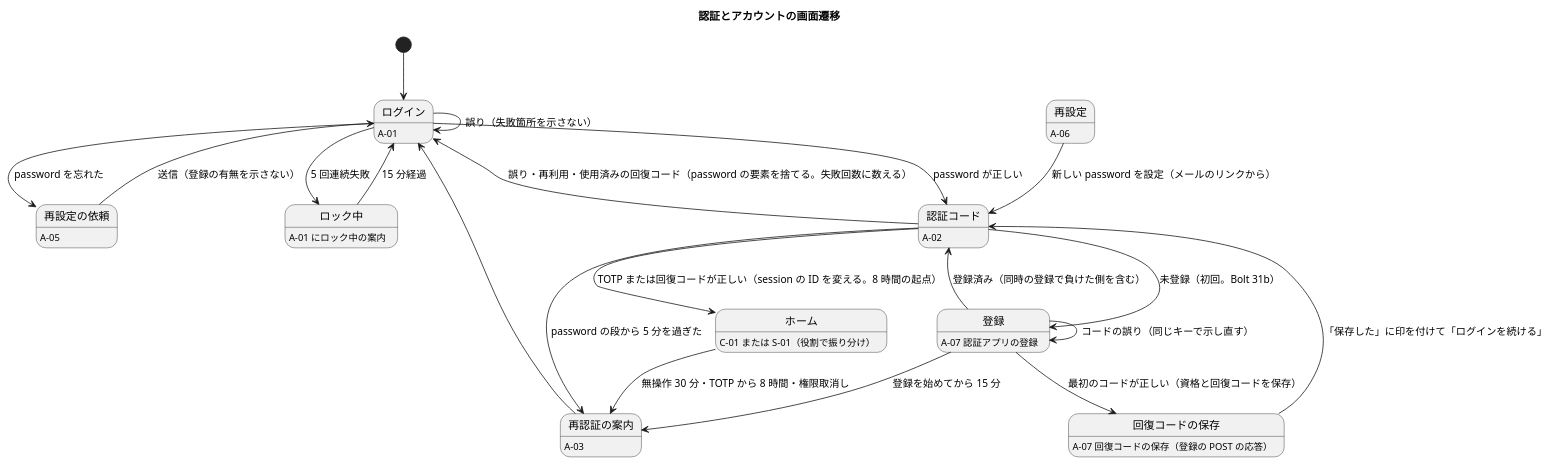
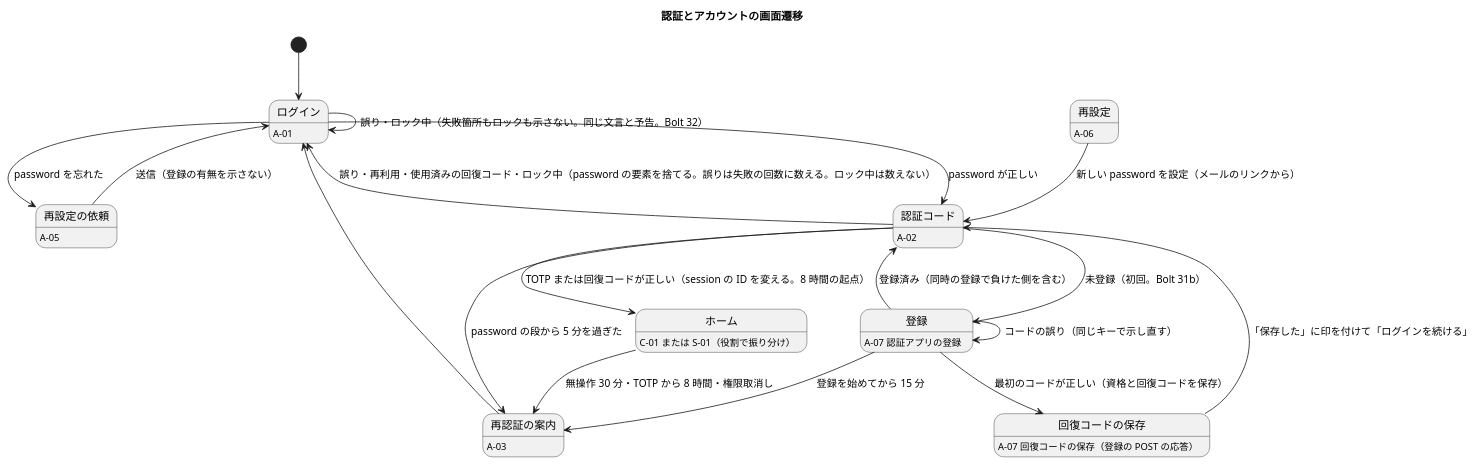
One commit to k2works/practical-domain-driven-design-in-enterpris-application changed the second of 26 diagrams in docs/design/cargo-tracker/ui_design.md. Above: the diagram before and after it, drawn with PlantUML. The commit also changed other lines of this file and 9 other files, not shown here.

````diff
--- a/docs/design/cargo-tracker/ui_design.md
+++ b/docs/design/cargo-tracker/ui_design.md
@@ -236,33 +236,30 @@
 ```plantuml
 @startuml
 title 認証とアカウントの画面遷移
 [*] --> ログイン
 ログイン : A-01
 認証コード : A-02
 登録 : A-07 認証アプリの登録
 再設定の依頼 : A-05
 再設定 : A-06
-ロック中 : A-01 にロック中の案内
 回復コードの保存 : A-07 回復コードの保存（登録の POST の応答）
 ログイン --> 認証コード : password が正しい
 認証コード --> 登録 : 未登録（初回。Bolt 31b）
 登録 --> 登録 : コードの誤り（同じキーで示し直す）
 登録 --> 回復コードの保存 : 最初のコードが正しい（資格と回復コードを保存）
 登録 --> 認証コード : 登録済み（同時の登録で負けた側を含む）
 回復コードの保存 --> 認証コード : 「保存した」に印を付けて「ログインを続ける」
 登録 --> 再認証の案内 : 登録を始めてから 15 分
-ログイン --> ログイン : 誤り（失敗箇所を示さない）
-ログイン --> ロック中 : 5 回連続失敗
+ログイン --> ログイン : 誤り・ロック中（失敗箇所もロックも示さない。同じ文言と予告。Bolt 32）
 ログイン --> 再設定の依頼 : password を忘れた
 再設定の依頼 --> ログイン : 送信（登録の有無を示さない）
 再設定 --> 認証コード : 新しい password を設定（メールのリンクから）
 認証コード --> ホーム : TOTP または回復コードが正しい（session の ID を変える。8 時間の起点）
-認証コード --> ログイン : 誤り・再利用・使用済みの回復コード（password の要素を捨てる。失敗回数に数える）
+認証コード --> ログイン : 誤り・再利用・使用済みの回復コード・ロック中（password の要素を捨てる。誤りは失敗の回数に数える。ロック中は数えない）
 認証コード --> 再認証の案内 : password の段から 5 分を過ぎた
-ロック中 --> ログイン : 15 分経過
 ホーム --> 再認証の案内 : 無操作 30 分・TOTP から 8 時間・権限取消し
 再認証の案内 : A-03
 再認証の案内 --> ログイン
 ホーム : C-01 または S-01（役割で振り分け）
 @enduml
 ```
````
